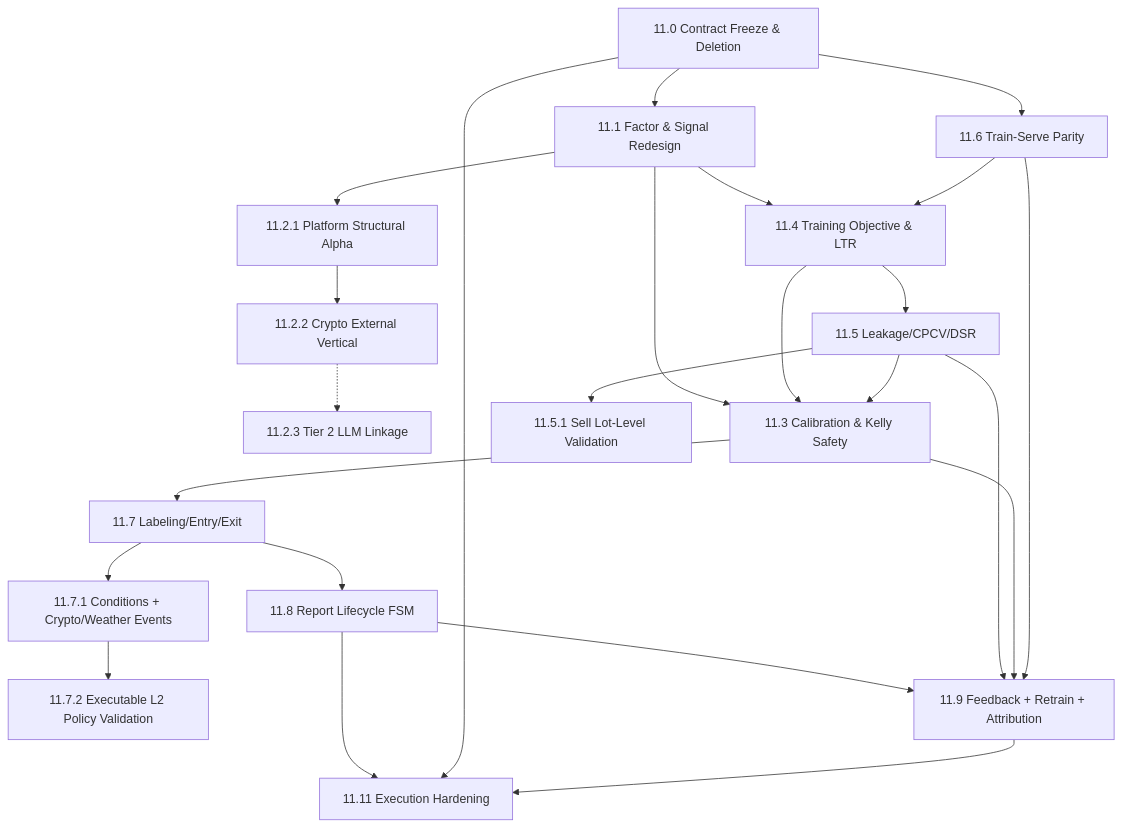
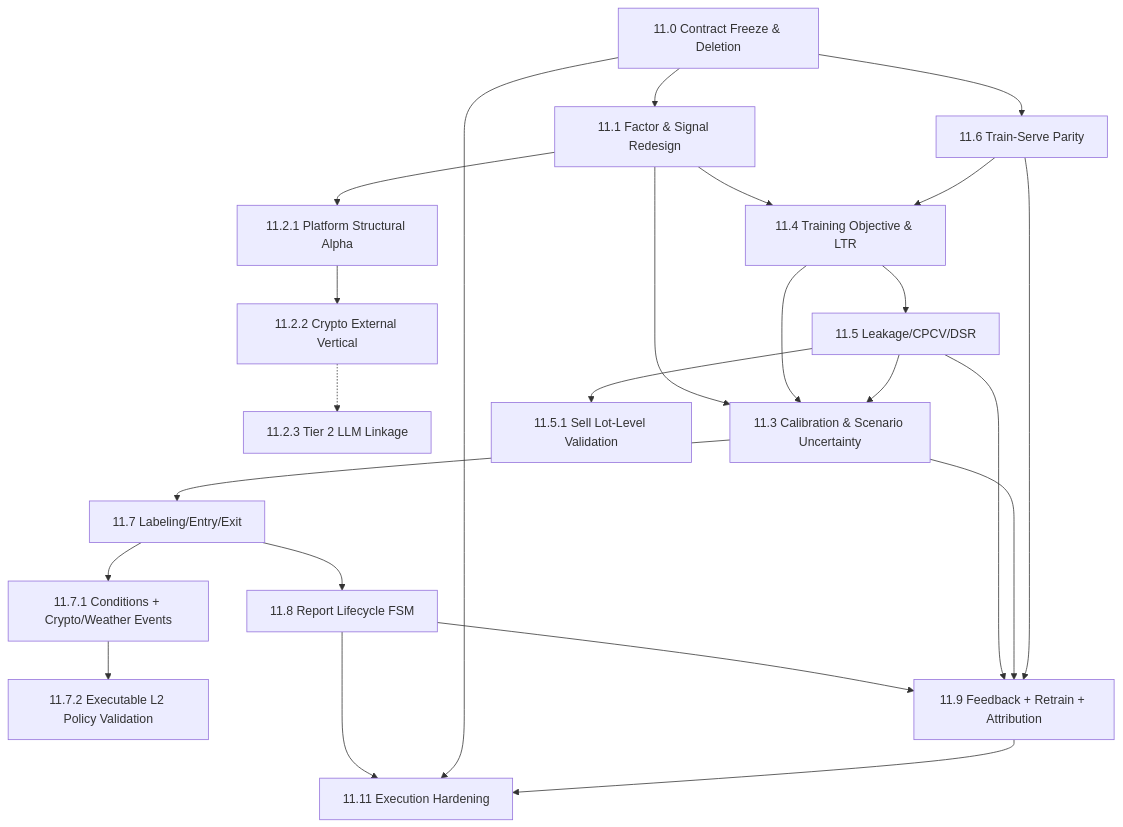
Before and after one commit to solomon-ssy/oxide-arb: the diagram in docs/plans/quant-pivot/phase-11/README.md, drawn with Mermaid. The commit also changed other lines of this file and 438 other files, not shown here.

````diff
--- a/docs/plans/quant-pivot/phase-11/README.md
+++ b/docs/plans/quant-pivot/phase-11/README.md
@@ -147,43 +147,43 @@
 ```mermaid
 flowchart TD
     P110["11.0 Contract Freeze & Deletion"]
     P111["11.1 Factor & Signal Redesign"]
     P1121["11.2.1 Platform Structural Alpha"]
     P1122["11.2.2 Crypto External Vertical"]
     P1123["11.2.3 Tier 2 LLM Linkage"]
-    P113["11.3 Calibration & Kelly Safety"]
+    P113["11.3 Calibration & Scenario Uncertainty"]
     P114["11.4 Training Objective & LTR"]
     P115["11.5 Leakage/CPCV/DSR"]
     P1151["11.5.1 Sell Lot-Level Validation"]
     P116["11.6 Train-Serve Parity"]
     P117["11.7 Labeling/Entry/Exit"]
     P1171["11.7.1 Conditions + Crypto/Weather Events"]
     P1172["11.7.2 Executable L2 Policy Validation"]
     P118["11.8 Report Lifecycle FSM"]
     P119["11.9 Feedback + Retrain + Attribution"]
     P1111["11.11 Execution Hardening"]
 
     P110 --> P111
     P110 --> P116
     P111 --> P1121
     P1121 --> P1122
     P1122 -.-> P1123
     P111 --> P114
     P116 --> P114
     P114 --> P115
     P111 --> P113
     P114 --> P113
     P115 --> P113
     P115 --> P1151
     P113 --> P117
     P117 --> P1171
     P1171 --> P1172
     P117 --> P118
     P118 --> P119
     P118 --> P1111
     P115 --> P119
     P113 --> P119
     P116 --> P119
     P110 --> P1111
     P119 --> P1111
 ```
````
